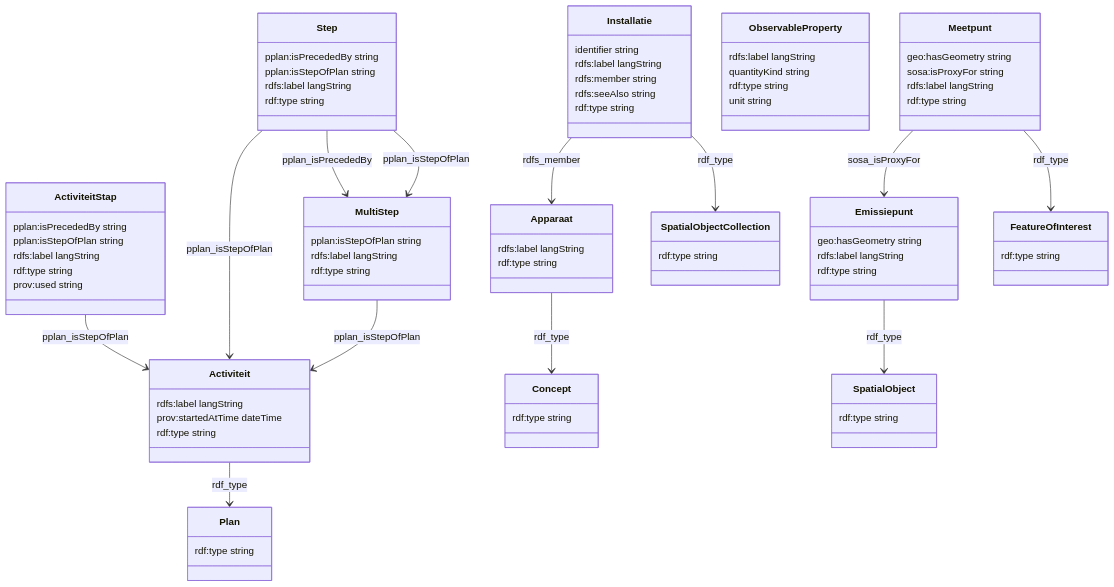
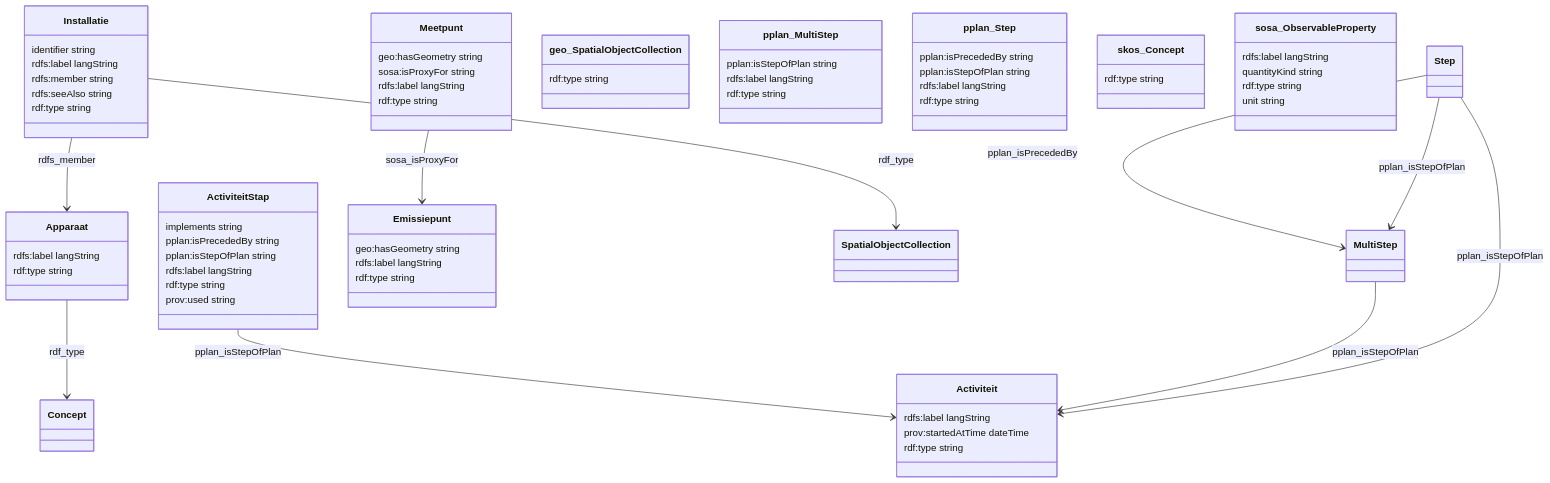
One commit to milieuinfo/RIE-IEPR changed the diagram in documentatie/datamodel/mermaid_class_diagram.mmd. Above: the diagram before and after it, drawn with Mermaid. The commit also changed 6 other files, not shown here.

```diff
--- a/documentatie/datamodel/mermaid_class_diagram.mmd
+++ b/documentatie/datamodel/mermaid_class_diagram.mmd
@@ -1,98 +1,84 @@
 classDiagram
     %% Generated from RDF data using csv_to_mermaid.py
     %% Source: RIE-IEPR datamodel
 
     class Activiteit {
         rdfs:label langString
         prov:startedAtTime dateTime
         rdf:type string
     }
 
     class ActiviteitStap {
+        implements string
         pplan:isPrecededBy string
         pplan:isStepOfPlan string
         rdfs:label langString
         rdf:type string
         prov:used string
     }
 
     class Apparaat {
         rdfs:label langString
         rdf:type string
     }
 
-    class Concept {
-        rdf:type string
-    }
-
     class Emissiepunt {
         geo:hasGeometry string
         rdfs:label langString
-        rdf:type string
-    }
-
-    class FeatureOfInterest {
         rdf:type string
     }
 
     class Installatie {
         identifier string
         rdfs:label langString
         rdfs:member string
         rdfs:seeAlso string
         rdf:type string
     }
 
     class Meetpunt {
         geo:hasGeometry string
         sosa:isProxyFor string
         rdfs:label langString
         rdf:type string
     }
 
-    class MultiStep {
+    class geo_SpatialObjectCollection {
+        rdf:type string
+    }
+
+    class pplan_MultiStep {
         pplan:isStepOfPlan string
         rdfs:label langString
         rdf:type string
     }
 
-    class ObservableProperty {
+    class pplan_Step {
+        pplan:isPrecededBy string
+        pplan:isStepOfPlan string
+        rdfs:label langString
+        rdf:type string
+    }
+
+    class skos_Concept {
+        rdf:type string
+    }
+
+    class sosa_ObservableProperty {
         rdfs:label langString
         quantityKind string
         rdf:type string
         unit string
     }
 
-    class Plan {
-        rdf:type string
-    }
-
-    class SpatialObject {
-        rdf:type string
-    }
-
-    class SpatialObjectCollection {
-        rdf:type string
-    }
-
-    class Step {
-        pplan:isPrecededBy string
-        pplan:isStepOfPlan string
-        rdfs:label langString
-        rdf:type string
-    }
-
     %% Relationships
 
-    Activiteit --> Plan : rdf_type
     ActiviteitStap --> Activiteit : pplan_isStepOfPlan
     Apparaat --> Concept : rdf_type
-    Emissiepunt --> SpatialObject : rdf_type
     Installatie --> Apparaat : rdfs_member
     Installatie --> SpatialObjectCollection : rdf_type
     Meetpunt --> Emissiepunt : sosa_isProxyFor
-    Meetpunt --> FeatureOfInterest : rdf_type
     MultiStep --> Activiteit : pplan_isStepOfPlan
     Step --> Activiteit : pplan_isStepOfPlan
     Step --> MultiStep : pplan_isPrecededBy
     Step --> MultiStep : pplan_isStepOfPlan
```
